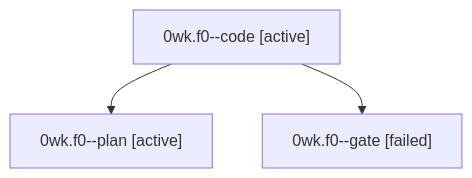
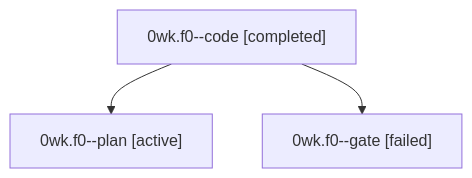
Before and after one commit to bobs-org/bob-cli--agents: the diagram in sessions/bbugyi200.athena.0wk.f0.md, drawn with Mermaid. The commit also changed other lines of this file and 31 other files, not shown here.

````diff
--- a/sessions/bbugyi200.athena.0wk.f0.md
+++ b/sessions/bbugyi200.athena.0wk.f0.md
@@ -9,8 +9,8 @@
 ```mermaid
 flowchart TD
-  n0["0wk.f0--code [active]"]
+  n0["0wk.f0--code [completed]"]
   n1["0wk.f0--plan [active]"]
   n0 --> n1
   n2["0wk.f0--gate [failed]"]
   n0 --> n2
 ```
````
